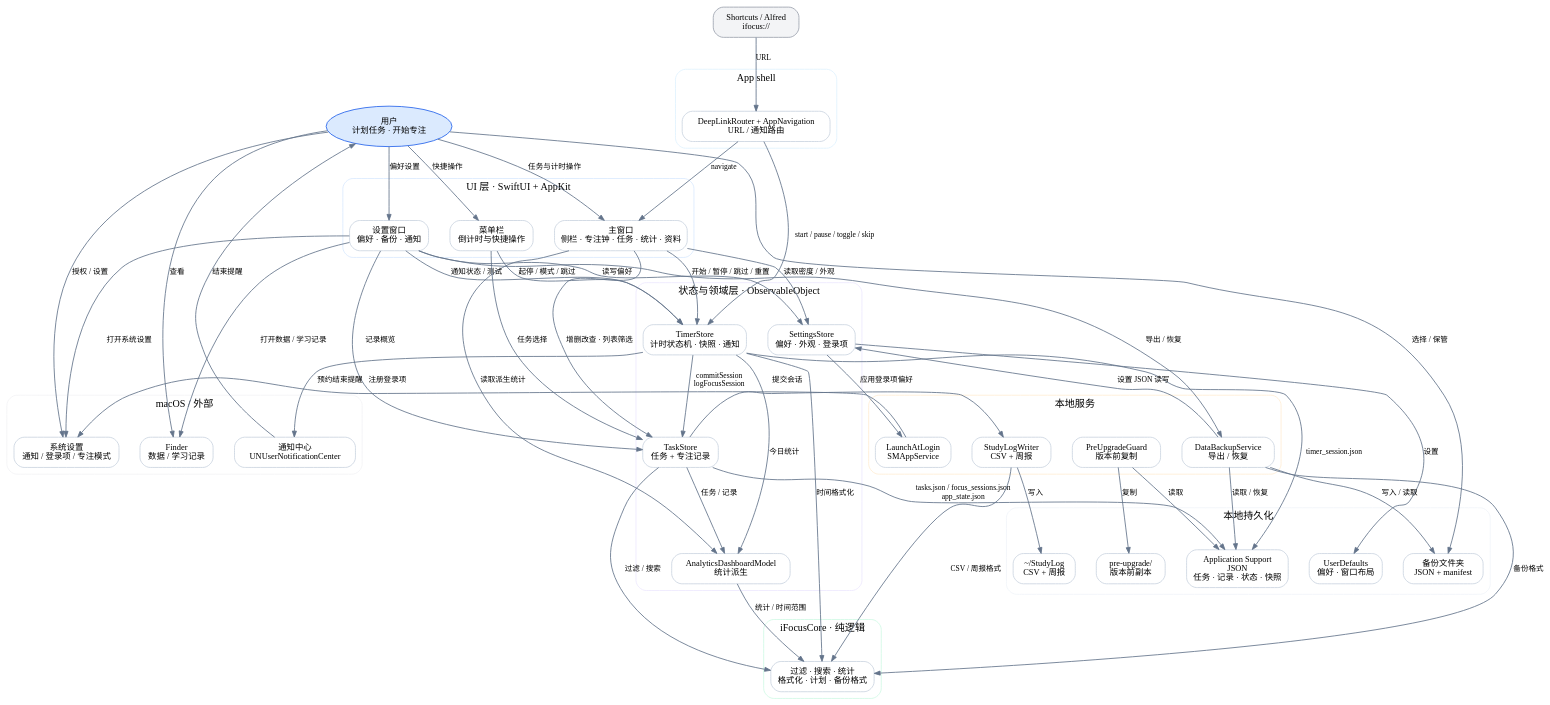
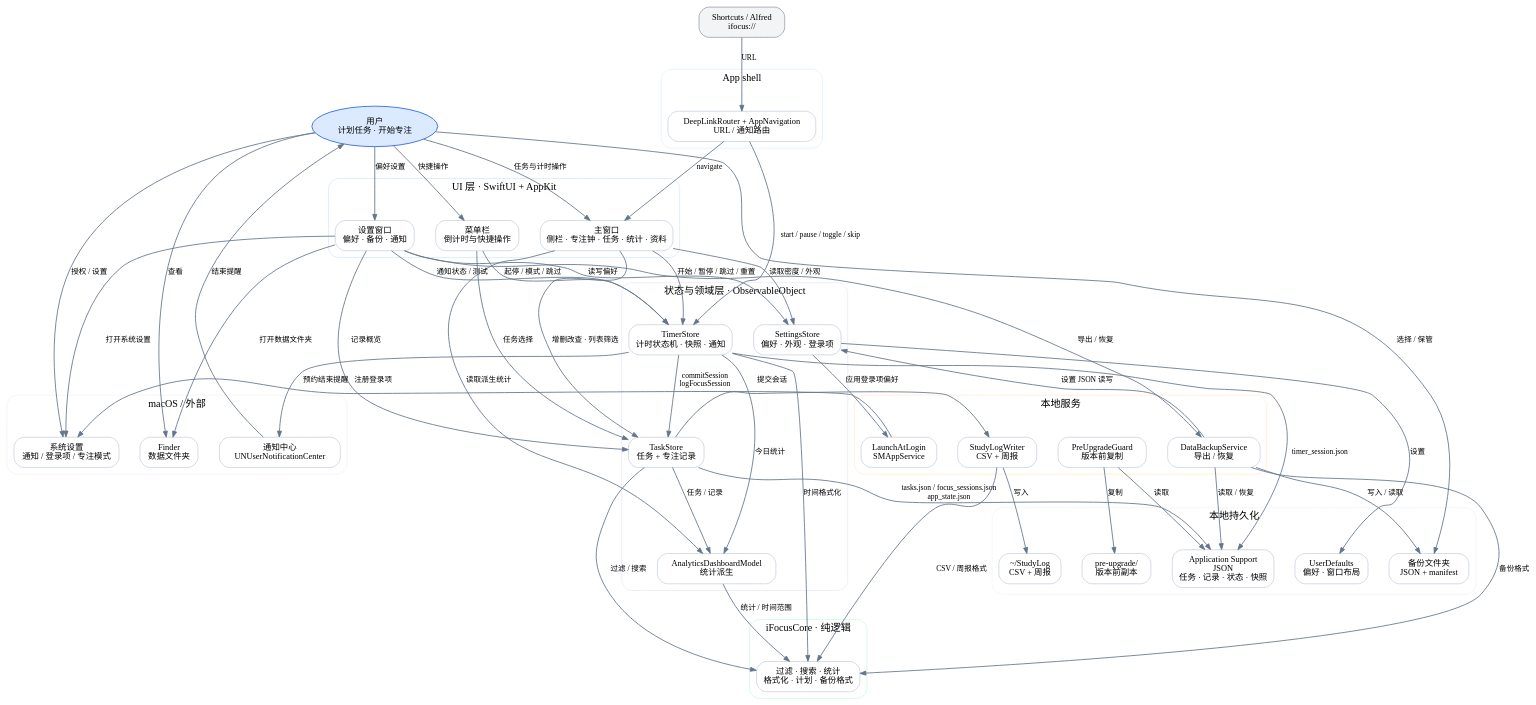
One commit to kunkunxk985/iFocus changed the diagram in Docs/Architecture/ifocus-data-flow.dot. Above: the diagram before and after it, drawn with Graphviz. The commit also changed 21 other files, not shown here.

```diff
--- a/Docs/Architecture/ifocus-data-flow.dot
+++ b/Docs/Architecture/ifocus-data-flow.dot
@@ -1,137 +1,137 @@
 digraph iFocusDataFlow {
     rankdir=TB;
     graph [fontname="PingFang SC", fontsize=12, bgcolor="transparent", pad=0.25, nodesep=0.35, ranksep=0.55, compound=true];
     node [fontname="PingFang SC", fontsize=10, shape=box, style="rounded,filled", fillcolor="#FFFFFF", color="#CBD5E1", penwidth=1, margin="0.14,0.08"];
     edge [fontname="PingFang SC", fontsize=9, color="#64748B", arrowsize=0.7];
 
     user [label="用户\n计划任务 · 开始专注", shape=oval, fillcolor="#DBEAFE", color="#2563EB"];
     automation [label="Shortcuts / Alfred\nifocus://", fillcolor="#F3F4F6", color="#9CA3AF"];
 
     subgraph cluster_ui {
         label="UI 层 · SwiftUI + AppKit";
         color="#DBEAFE";
         style="rounded";
 
         main [label="主窗口\n侧栏 · 专注钟 · 任务 · 统计 · 资料"];
         settings [label="设置窗口\n偏好 · 备份 · 通知"];
         menu [label="菜单栏\n倒计时与快捷操作"];
     }
 
     subgraph cluster_app {
         label="App shell";
         color="#E0F2FE";
         style="rounded";
 
         deepLink [label="DeepLinkRouter + AppNavigation\nURL / 通知路由"];
     }
 
     subgraph cluster_state {
         label="状态与领域层 · ObservableObject";
         color="#EDE9FE";
         style="rounded";
 
         timer [label="TimerStore\n计时状态机 · 快照 · 通知"];
         tasks [label="TaskStore\n任务 + 专注记录"];
         prefs [label="SettingsStore\n偏好 · 外观 · 登录项"];
         analytics [label="AnalyticsDashboardModel\n统计派生"];
     }
 
     subgraph cluster_services {
         label="本地服务";
         color="#FFEDD5";
         style="rounded";
 
         backup [label="DataBackupService\n导出 / 恢复"];
         study [label="StudyLogWriter\nCSV + 周报"];
         upgrade [label="PreUpgradeGuard\n版本前复制"];
         login [label="LaunchAtLogin\nSMAppService"];
     }
 
     subgraph cluster_core {
         label="iFocusCore · 纯逻辑";
         color="#D1FAE5";
         style="rounded";
 
         core [label="过滤 · 搜索 · 统计\n格式化 · 计划 · 备份格式"];
     }
 
     subgraph cluster_storage {
         label="本地持久化";
         color="#F1F5F9";
         style="rounded";
 
         files [label="Application Support\nJSON\n任务 · 记录 · 状态 · 快照"];
         defaults [label="UserDefaults\n偏好 · 窗口布局"];
         studyFiles [label="~/StudyLog\nCSV + 周报"];
         backupFolder [label="备份文件夹\nJSON + manifest"];
         preUpgrade [label="pre-upgrade/\n版本前副本"];
     }
 
     subgraph cluster_os {
         label="macOS / 外部";
         color="#F3F4F6";
         style="rounded";
 
         notifications [label="通知中心\nUNUserNotificationCenter"];
-        finder [label="Finder\n数据 / 学习记录"];
+        finder [label="Finder\n数据文件夹"];
         sysSettings [label="系统设置\n通知 / 登录项 / 专注模式"];
     }
 
     user -> main [label="任务与计时操作"];
     user -> settings [label="偏好设置"];
     user -> menu [label="快捷操作"];
     automation -> deepLink [label="URL"];
 
     deepLink -> timer [label="start / pause / toggle / skip"];
     deepLink -> main [label="navigate"];
 
     main -> timer [label="开始 / 暂停 / 跳过 / 重置"];
     main -> tasks [label="增删改查 · 列表筛选"];
     main -> prefs [label="读取密度 / 外观"];
     main -> analytics [label="读取派生统计"];
 
     settings -> prefs [label="读写偏好"];
     settings -> tasks [label="记录概览"];
     settings -> timer [label="通知状态 / 测试"];
     settings -> backup [label="导出 / 恢复"];
 
     menu -> timer [label="起停 / 模式 / 跳过"];
     menu -> tasks [label="任务选择"];
 
     timer -> tasks [label="commitSession\nlogFocusSession"];
     tasks -> analytics [label="任务 / 记录"];
     timer -> analytics [label="今日统计"];
 
     tasks -> core [label="过滤 / 搜索"];
     timer -> core [label="时间格式化"];
     analytics -> core [label="统计 / 时间范围"];
     backup -> core [label="备份格式"];
     study -> core [label="CSV / 周报格式"];
 
     tasks -> study [label="提交会话"];
     study -> studyFiles [label="写入"];
 
     tasks -> files [label="tasks.json / focus_sessions.json\napp_state.json"];
     timer -> files [label="timer_session.json"];
     prefs -> defaults [label="设置"];
 
     upgrade -> files [label="读取"];
     upgrade -> preUpgrade [label="复制"];
 
     backup -> files [label="读取 / 恢复"];
     backup -> prefs [label="设置 JSON 读写"];
     backup -> backupFolder [label="写入 / 读取"];
 
     timer -> notifications [label="预约结束提醒"];
     notifications -> user [label="结束提醒"];
 
     prefs -> login [label="应用登录项偏好"];
     login -> sysSettings [label="注册登录项"];
 
-    settings -> finder [label="打开数据 / 学习记录"];
+    settings -> finder [label="打开数据文件夹"];
     settings -> sysSettings [label="打开系统设置"];
     user -> finder [label="查看"];
     user -> sysSettings [label="授权 / 设置"];
 
     user -> backupFolder [label="选择 / 保管"];
 }
```
